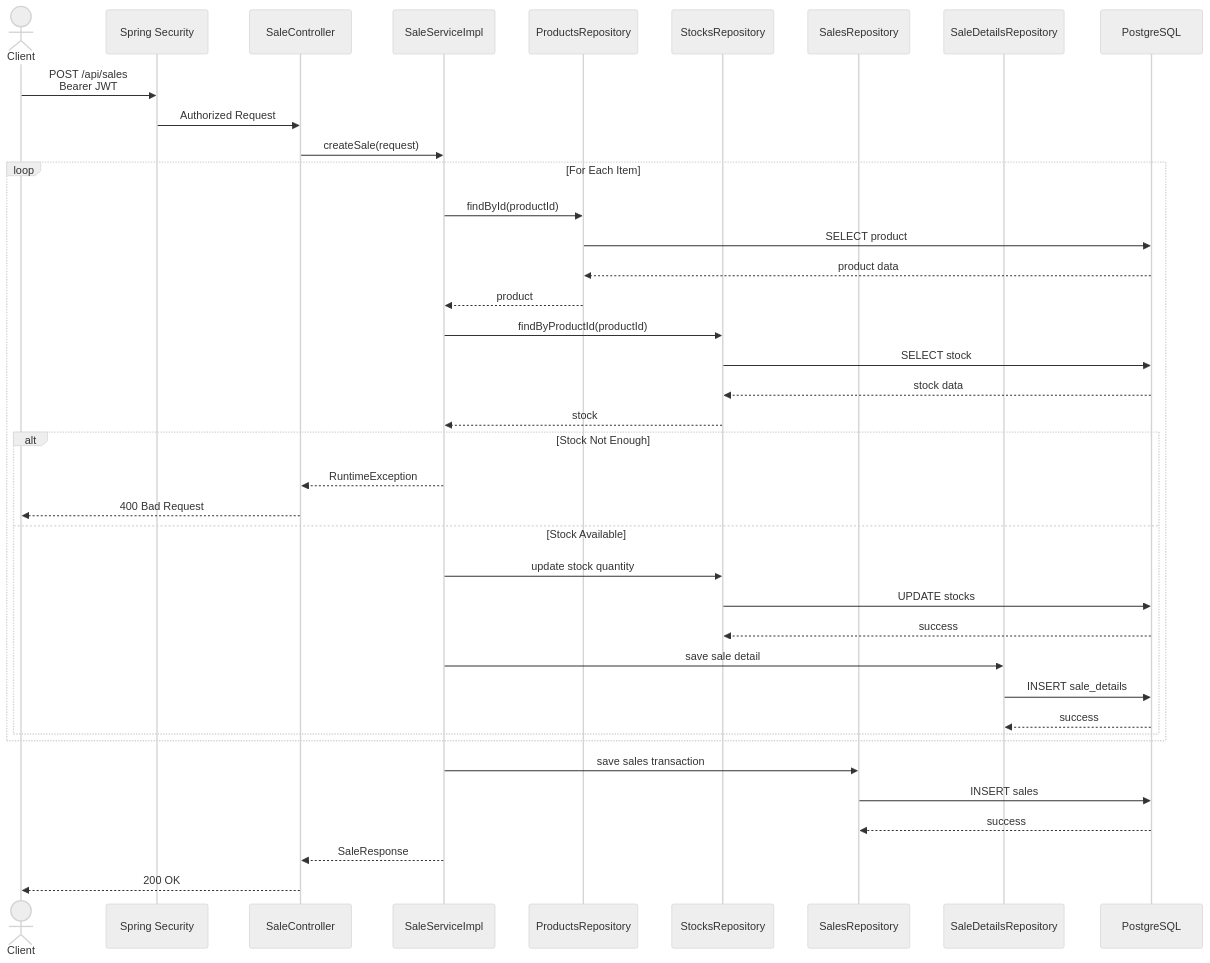
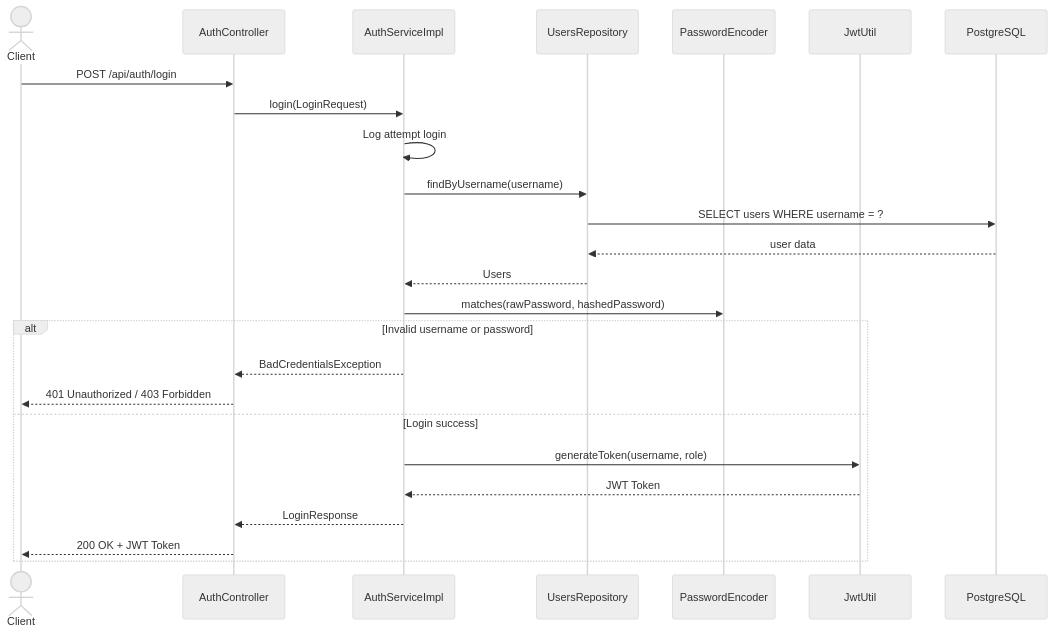
Before and after one commit to DinoDarmayanto/3pm-api-toko-java: the first of 6 diagrams in docs/sequence-diagram.md, drawn with Mermaid (neutral theme). The commit also changed other lines of this file, not shown here.

Commit message:
Update Sequence Diagram

````diff
--- a/docs/sequence-diagram.md
+++ b/docs/sequence-diagram.md
@@ -3,50 +5,32 @@
 ```mermaid
 sequenceDiagram
     actor Client
 
-    participant Security as Spring Security
-    participant Controller as SaleController
-    participant Service as SaleServiceImpl
-    participant ProductRepo as ProductsRepository
-    participant StockRepo as StocksRepository
-    participant SalesRepo as SalesRepository
-    participant DetailRepo as SaleDetailsRepository
+    participant AuthController as AuthController
+    participant AuthService as AuthServiceImpl
+    participant UserRepo as UsersRepository
+    participant PasswordEncoder as PasswordEncoder
+    participant JwtUtil as JwtUtil
     participant DB as PostgreSQL
 
-    Client->>Security: POST /api/sales<br/>Bearer JWT
+    Client->>AuthController: POST /api/auth/login
+    AuthController->>AuthService: login(LoginRequest)
 
-    Security->>Controller: Authorized Request
-    Controller->>Service: createSale(request)
+    AuthService->>AuthService: Log attempt login
+    AuthService->>UserRepo: findByUsername(username)
+    UserRepo->>DB: SELECT users WHERE username = ?
+    DB-->>UserRepo: user data
+    UserRepo-->>AuthService: Users
 
-    loop For Each Item
-        Service->>ProductRepo: findById(productId)
-        ProductRepo->>DB: SELECT product
-        DB-->>ProductRepo: product data
-        ProductRepo-->>Service: product
+    AuthService->>PasswordEncoder: matches(rawPassword, hashedPassword)
 
-        Service->>StockRepo: findByProductId(productId)
-        StockRepo->>DB: SELECT stock
-        DB-->>StockRepo: stock data
-        StockRepo-->>Service: stock
-
-        alt Stock Not Enough
-            Service-->>Controller: RuntimeException
-            Controller-->>Client: 400 Bad Request
-        else Stock Available
-            Service->>StockRepo: update stock quantity
-            StockRepo->>DB: UPDATE stocks
-            DB-->>StockRepo: success
-
-            Service->>DetailRepo: save sale detail
-            DetailRepo->>DB: INSERT sale_details
-            DB-->>DetailRepo: success
-        end
+    alt Invalid username or password
+        AuthService-->>AuthController: BadCredentialsException
+        AuthController-->>Client: 401 Unauthorized / 403 Forbidden
+    else Login success
+        AuthService->>JwtUtil: generateToken(username, role)
+        JwtUtil-->>AuthService: JWT Token
+        AuthService-->>AuthController: LoginResponse
+        AuthController-->>Client: 200 OK + JWT Token
     end
-
-    Service->>SalesRepo: save sales transaction
-    SalesRepo->>DB: INSERT sales
-    DB-->>SalesRepo: success
-
-    Service-->>Controller: SaleResponse
-    Controller-->>Client: 200 OK
 ```
````
